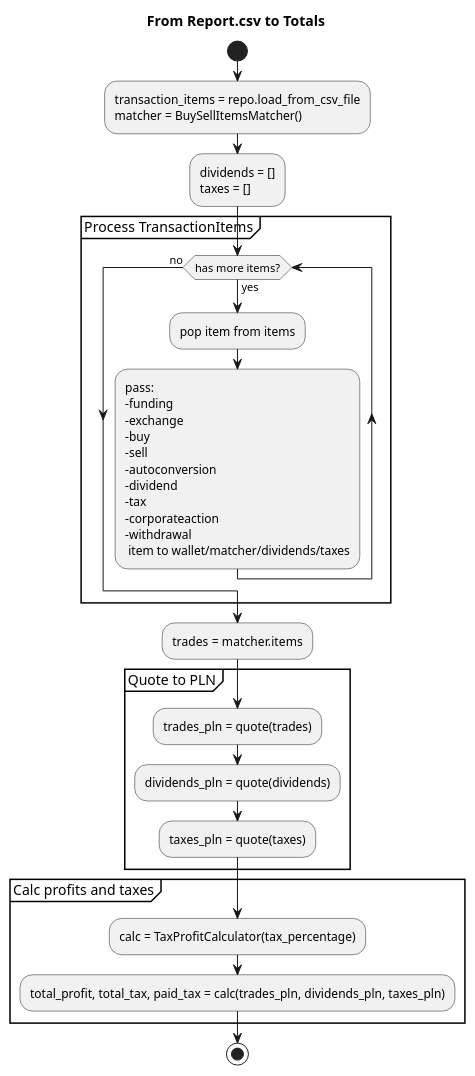
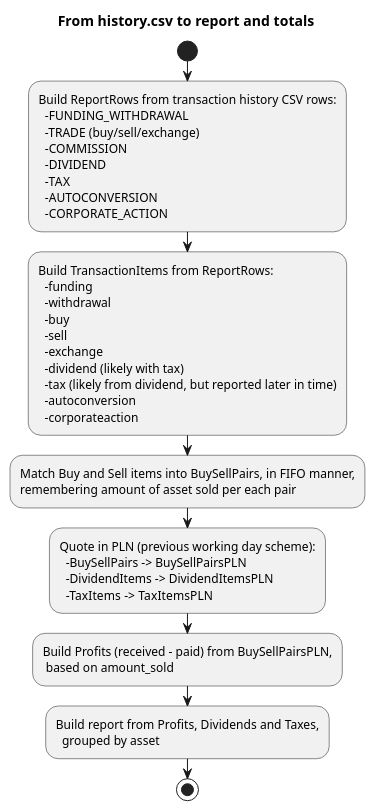
Before and after one commit to mateuszmidor/PythonStudy: the diagram in ExanteTaxCalculator/doc/calculation.puml, drawn with PlantUML. The commit also changed 1 other file, not shown here.

```diff
--- a/ExanteTaxCalculator/doc/calculation.puml
+++ b/ExanteTaxCalculator/doc/calculation.puml
@@ -1,37 +1,41 @@
 @startuml Calculation
 
-title From Report.csv to Totals
+title From history.csv to report and totals
 !pragma useVerticalIf off
 
 start
-    :transaction_items = repo.load_from_csv_file\nmatcher = BuySellItemsMatcher();
-    :dividends = []\ntaxes = [];
-    ' if (load successful?) then (no)
-    '     :print failure;
-    '     stop
-    ' else (yes)
-    ' endif
+    :Build ReportRows from transaction history CSV rows:
+      -FUNDING_WITHDRAWAL
+      -TRADE (buy/sell/exchange)
+      -COMMISSION
+      -DIVIDEND
+      -TAX
+      -AUTOCONVERSION
+      -CORPORATE_ACTION;
 
-    partition "Process TransactionItems" {
-        while (has more items?) is (yes)
-            :pop item from items;
-            :pass:\n-funding\n-exchange\n-buy\n-sell\n-autoconversion\n-dividend\n-tax\n-corporateaction\n-withdrawal\n item to wallet/matcher/dividends/taxes;
-            ' if (deserialization successful?) then (yes)
-            '     #lightgreen:http request user create;
-            ' else (no)
-            '     #red:log error;
-            ' endif
-        endwhile (no)
-    }
-    :trades = matcher.items;
-    partition "Quote to PLN" {
-      :trades_pln = quote(trades);
-      :dividends_pln = quote(dividends);
-      :taxes_pln = quote(taxes);
-    }
-    partition "Calc profits and taxes" {
-      :calc = TaxProfitCalculator(tax_percentage);
-      :total_profit, total_tax, paid_tax = calc(trades_pln, dividends_pln, taxes_pln);
-    }
+    :Build TransactionItems from ReportRows:
+      -funding
+      -withdrawal
+      -buy
+      -sell
+      -exchange
+      -dividend (likely with tax)
+      -tax (likely from dividend, but reported later in time)
+      -autoconversion
+      -corporateaction;
+ 
+    :Match Buy and Sell items into BuySellPairs, in FIFO manner, 
+    remembering amount of asset sold per each pair;
+
+    :Quote in PLN (previous working day scheme):
+      -BuySellPairs -> BuySellPairsPLN
+      -DividendItems -> DividendItemsPLN
+      -TaxItems -> TaxItemsPLN;
+
+    :Build Profits (received - paid) from BuySellPairsPLN,
+     based on amount_sold;
+
+    :Build report from Profits, Dividends and Taxes,
+      grouped by asset;
 stop
 @enduml
```
